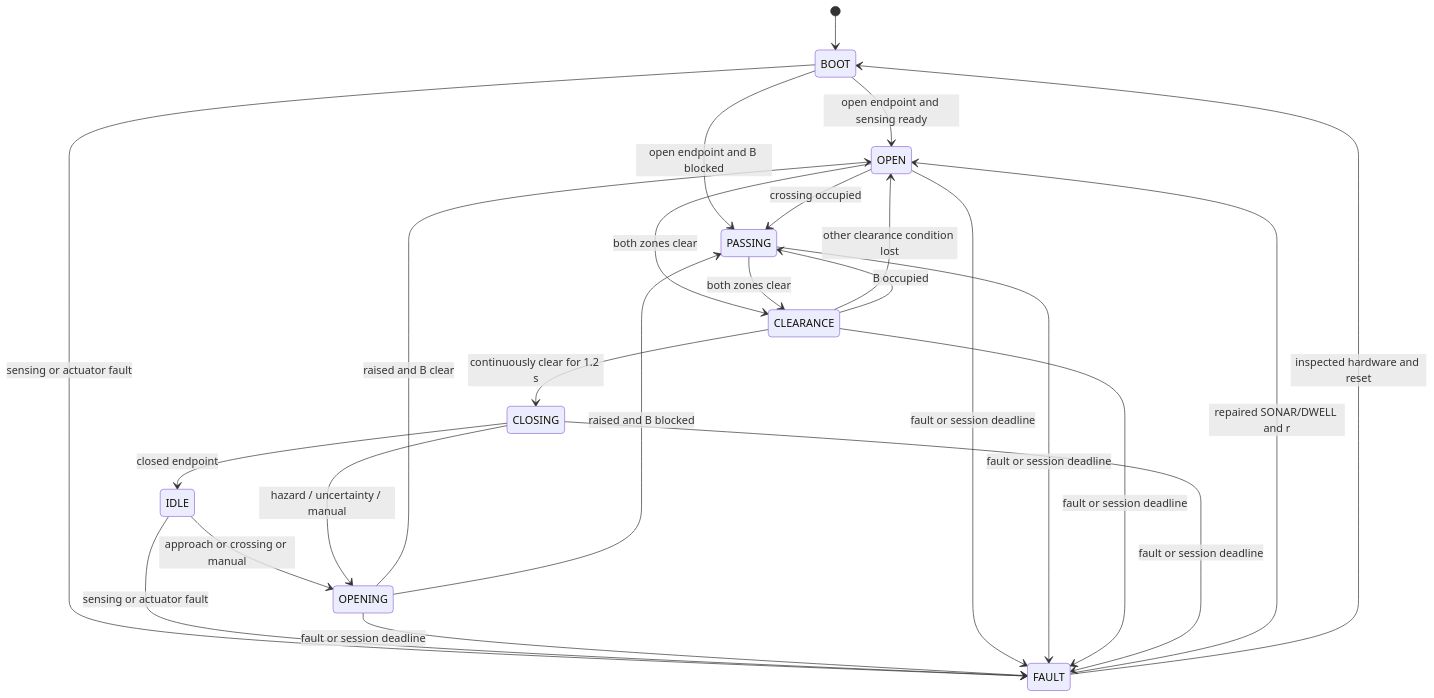
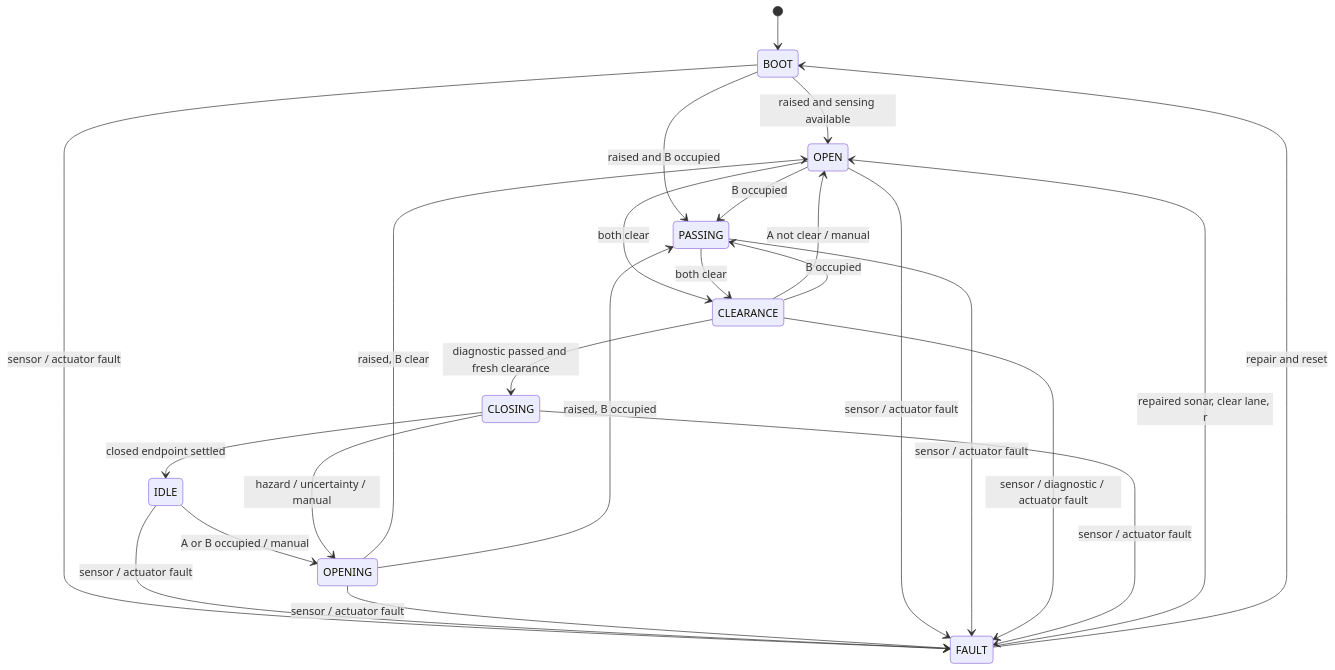
One commit to shakeel-Ahamed-A/Parking-Project changed the diagram in README.md. Above: the diagram before and after it, drawn with Mermaid. The commit also changed other lines of this file and 25 other files, not shown here.

````diff
--- a/README.md
+++ b/README.md
@@ -60,26 +32,26 @@
 ```mermaid
 stateDiagram-v2
     [*] --> BOOT
-    BOOT --> OPEN: open endpoint and sensing ready
-    BOOT --> PASSING: open endpoint and B blocked
-    IDLE --> OPENING: approach or crossing or manual
-    OPENING --> OPEN: raised and B clear
-    OPENING --> PASSING: raised and B blocked
-    OPEN --> PASSING: crossing occupied
-    OPEN --> CLEARANCE: both zones clear
-    PASSING --> CLEARANCE: both zones clear
-    CLEARANCE --> OPEN: other clearance condition lost
+    BOOT --> OPEN: raised and sensing available
+    BOOT --> PASSING: raised and B occupied
+    IDLE --> OPENING: A or B occupied / manual
+    OPENING --> OPEN: raised, B clear
+    OPENING --> PASSING: raised, B occupied
+    OPEN --> PASSING: B occupied
+    OPEN --> CLEARANCE: both clear
+    PASSING --> CLEARANCE: both clear
+    CLEARANCE --> OPEN: A not clear / manual
     CLEARANCE --> PASSING: B occupied
-    CLEARANCE --> CLOSING: continuously clear for 1.2 s
+    CLEARANCE --> CLOSING: diagnostic passed and fresh clearance
     CLOSING --> OPENING: hazard / uncertainty / manual
-    CLOSING --> IDLE: closed endpoint
-    BOOT --> FAULT: sensing or actuator fault
-    IDLE --> FAULT: sensing or actuator fault
-    OPENING --> FAULT: fault or session deadline
-    OPEN --> FAULT: fault or session deadline
-    PASSING --> FAULT: fault or session deadline
-    CLEARANCE --> FAULT: fault or session deadline
-    CLOSING --> FAULT: fault or session deadline
-    FAULT --> OPEN: repaired SONAR/DWELL and r
-    FAULT --> BOOT: inspected hardware and reset
+    CLOSING --> IDLE: closed endpoint settled
+    BOOT --> FAULT: sensor / actuator fault
+    IDLE --> FAULT: sensor / actuator fault
+    OPENING --> FAULT: sensor / actuator fault
+    OPEN --> FAULT: sensor / actuator fault
+    PASSING --> FAULT: sensor / actuator fault
+    CLEARANCE --> FAULT: sensor / diagnostic / actuator fault
+    CLOSING --> FAULT: sensor / actuator fault
+    FAULT --> OPEN: repaired sonar, clear lane, r
+    FAULT --> BOOT: repair and reset
 ```
````
